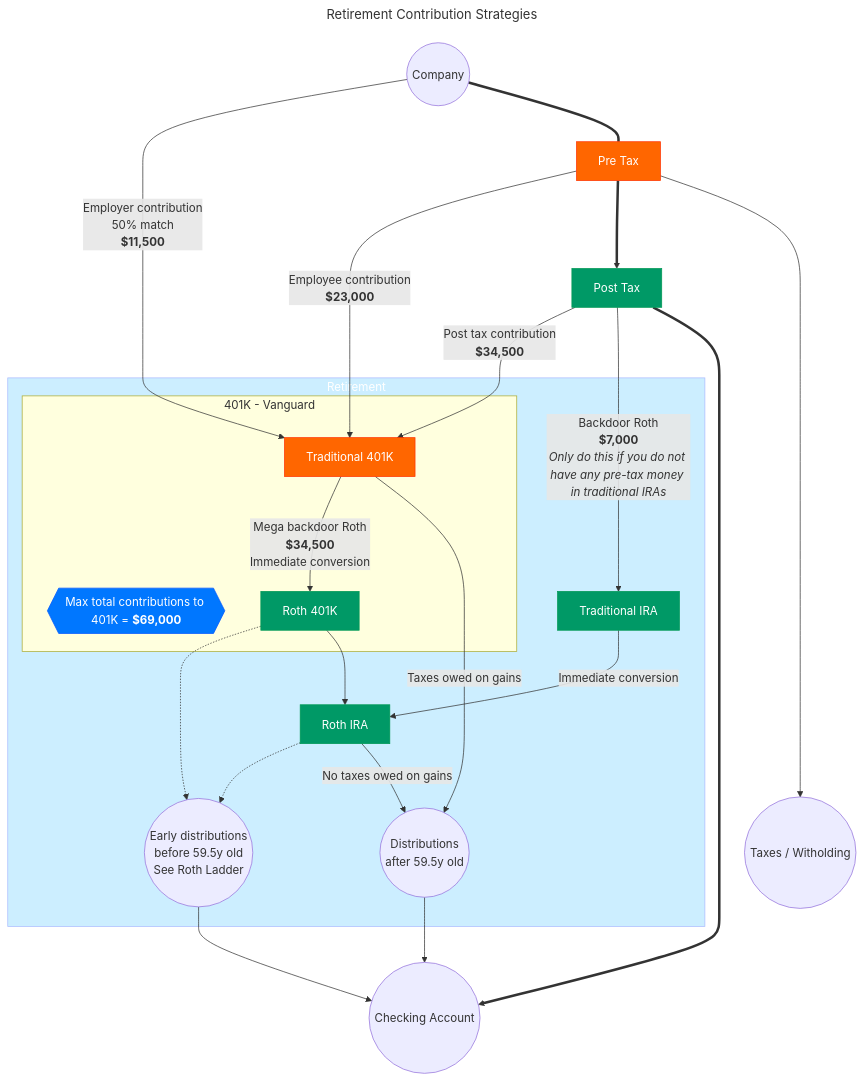
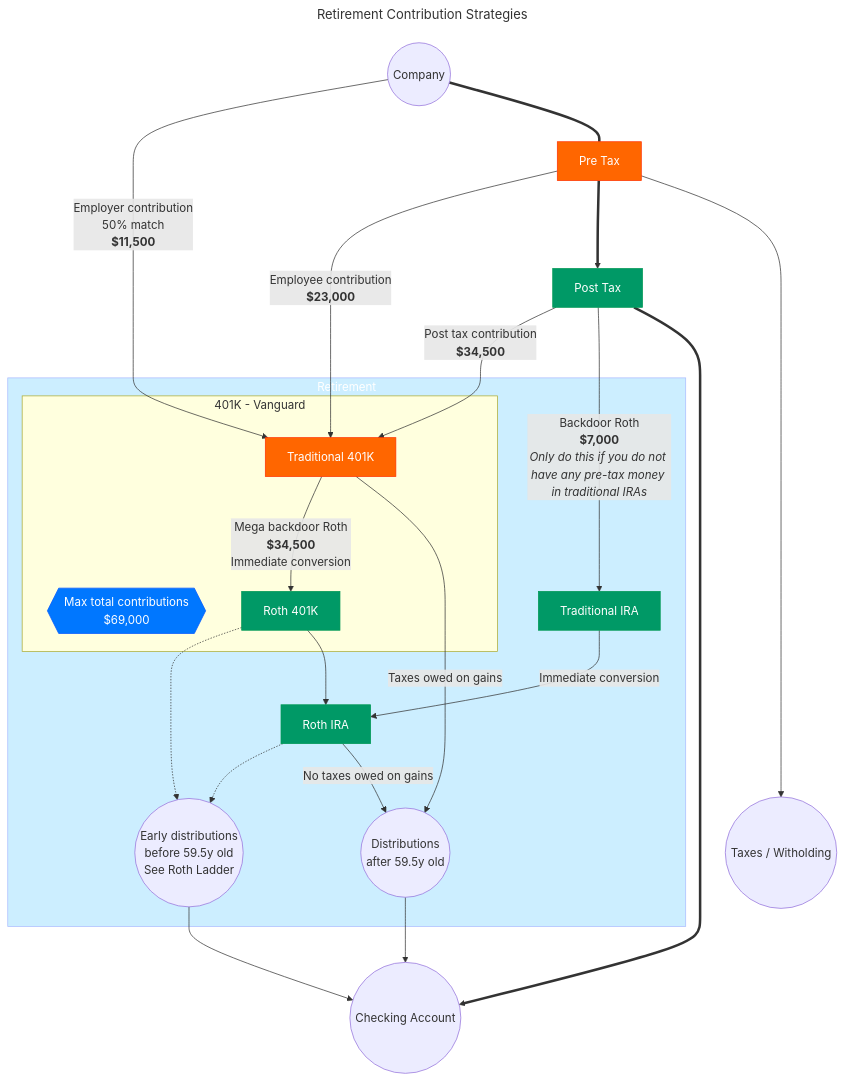
Before and after one commit to kramercat/finance: the diagram in retirement.md, drawn with Mermaid.

````diff
--- a/retirement.md
+++ b/retirement.md
@@ -36,55 +36,54 @@
 ```mermaid
 ---
 title: Retirement Contribution Strategies
 ---
 flowchart TD
 
 %% Definitions
 Company((Company))
 
 pretax[Pre Tax]:::red
 taxes((Taxes / Witholding))
 posttax[Post Tax]:::green
 checking((Checking Account))
 
 
 subgraph Retirement
     ira-trad[Traditional IRA]:::green
     ira-roth[Roth IRA]:::green
     dist-early((Early distributions<br/>before 59.5y old<br/>See Roth Ladder))
     dist-retirement((Distributions<br/>after 59.5y old))
     subgraph 401K - Vanguard
-        401k-info{{Max total contributions to 401K = <b>$69,000</b>}}:::blue
+        401k-info{{Max total contributions<br/>$69,000}}:::blue
         401k-trad[Traditional 401K]:::red
         401k-roth[Roth 401K]:::green
     end
 end
 
 %% Arrows / Flows
-
 Company --Employer contribution<br/>50% match<br/><b>$11,500</b>--> 401k-trad
 Company === pretax
 pretax --Employee contribution<br/><b>$23,000</b>--> 401k-trad
 pretax ==> posttax
 pretax ------> taxes
 posttax --Post tax contribution<br/><b>$34,500</b><br/>--> 401k-trad
 401k-trad --Mega backdoor Roth<br/><b>$34,500</b><br/>Immediate conversion-->401k-roth
 
 401k-roth & ira-roth -.-> dist-early
 
 401k-roth --> ira-roth
 posttax --Backdoor Roth<br/><b>$7,000</b><br/><i>Only do this if you do not have any pre-tax money in traditional IRAs</i>--> ira-trad 
 ira-trad --Immediate conversion--> ira-roth
 posttax =====> checking
 
 401k-trad --Taxes owed on gains--> dist-retirement
 ira-roth --No taxes owed on gains--> dist-retirement
 dist-retirement & dist-early --> checking
 
 %% Styling
 
 classDef red fill:#ff6600,stroke:#ff3300,color:#ffffff
 classDef green fill:#009966,stroke:#009955,color:#ffffff
 classDef blue fill:#0077ff,stroke:#0055ff,color:#ffffff
 style Retirement fill:#cceeff,stroke:#aabbff,color:#ffffff
 ```
````
